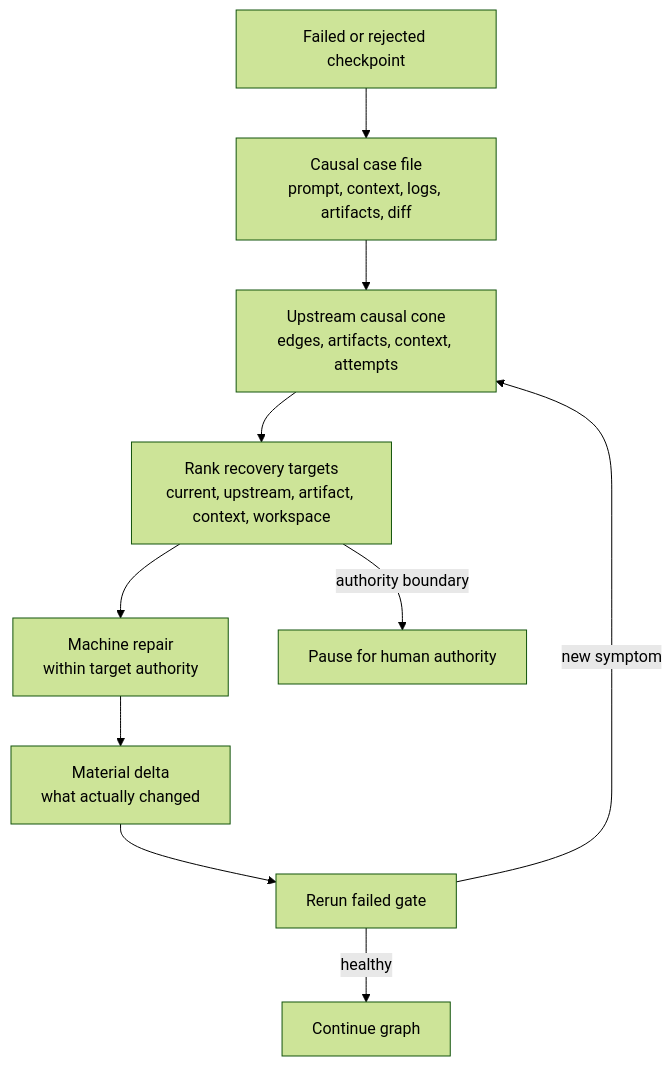
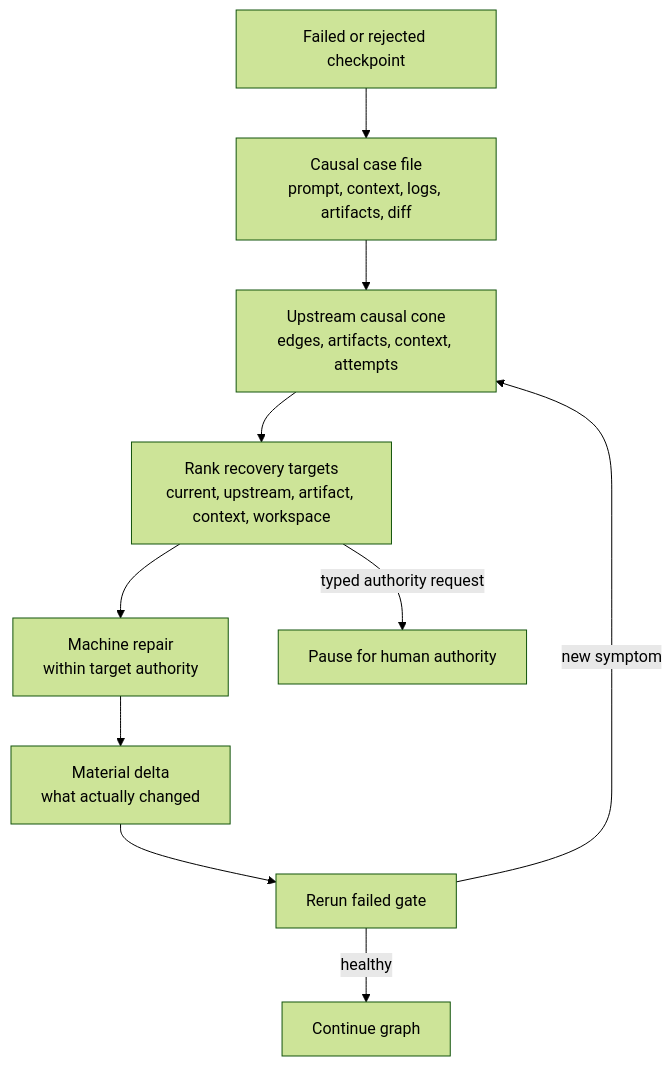
Before and after one commit to koji98/agentflow: the fourth of 4 diagrams in README.md, drawn with Mermaid (forest theme). The commit also changed other lines of this file and 35 other files, not shown here.

````diff
--- a/README.md
+++ b/README.md
@@ -85,12 +85,12 @@
 ```mermaid
 flowchart TD
   symptom["Failed or rejected checkpoint"] --> casefile["Causal case file\nprompt, context, logs, artifacts, diff"]
   casefile --> cone["Upstream causal cone\nedges, artifacts, context, attempts"]
   cone --> rank["Rank recovery targets\ncurrent, upstream, artifact, context, workspace"]
   rank --> repair["Machine repair\nwithin target authority"]
   repair --> delta["Material delta\nwhat actually changed"]
   delta --> rerun["Rerun failed gate"]
   rerun -- healthy --> continue["Continue graph"]
   rerun -- new symptom --> cone
-  rank -- authority boundary --> pause["Pause for human authority"]
+  rank -- typed authority request --> pause["Pause for human authority"]
 ```
````
